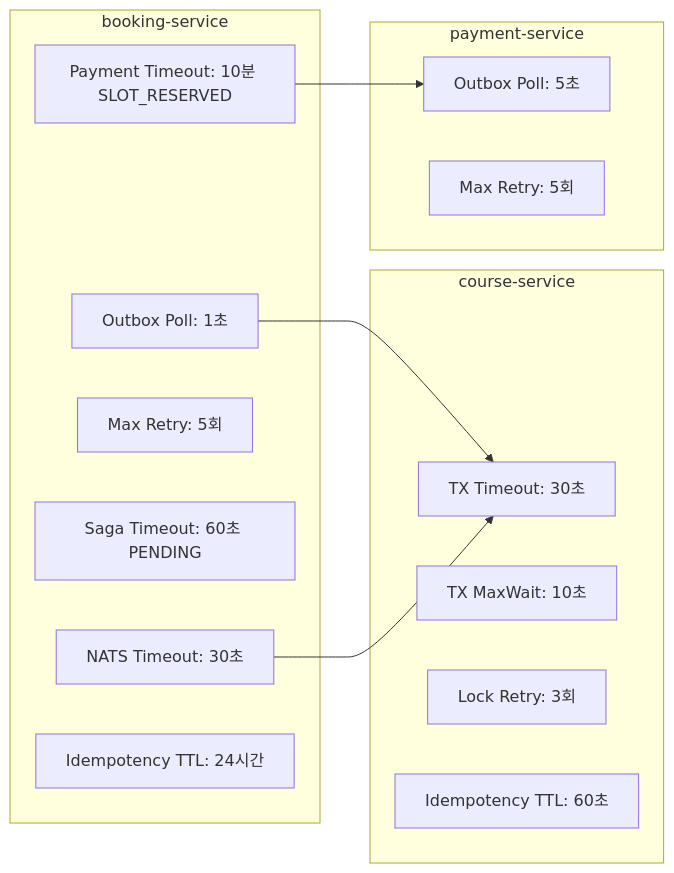
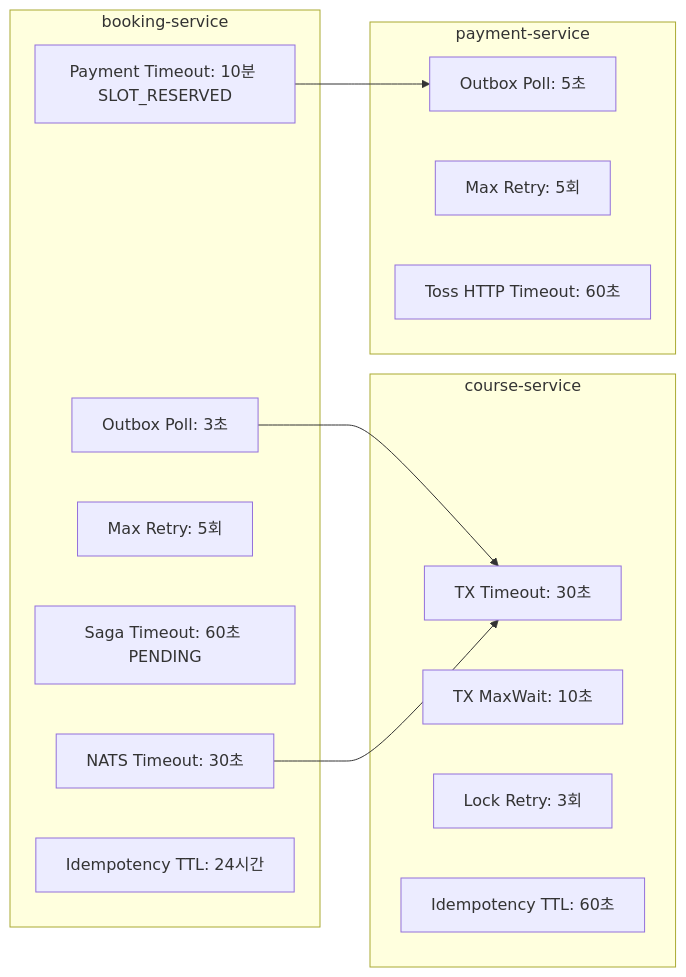
Before and after one commit to uniyous/parkgolf-platform: the tenth of 12 diagrams in docs/BOOKING_WORKFLOW.md, drawn with Mermaid. The commit also changed other lines of this file and 18 other files, not shown here.

````diff
--- a/docs/BOOKING_WORKFLOW.md
+++ b/docs/BOOKING_WORKFLOW.md
@@ -705,27 +728,28 @@
 ```mermaid
 flowchart LR
     subgraph "booking-service"
-        A[Outbox Poll: 1초]
+        A[Outbox Poll: 3초]
         B[NATS Timeout: 30초]
         C[Max Retry: 5회]
         D[Saga Timeout: 60초 PENDING]
         D2[Payment Timeout: 10분 SLOT_RESERVED]
         E[Idempotency TTL: 24시간]
     end
 
     subgraph "course-service"
         F[TX Timeout: 30초]
         G[TX MaxWait: 10초]
         H[Lock Retry: 3회]
         I[Idempotency TTL: 60초]
     end
 
     subgraph "payment-service"
         J[Outbox Poll: 5초]
         K[Max Retry: 5회]
+        L[Toss HTTP Timeout: 60초]
     end
 
     A --> F
     B --> F
     D2 --> J
 ```
````
